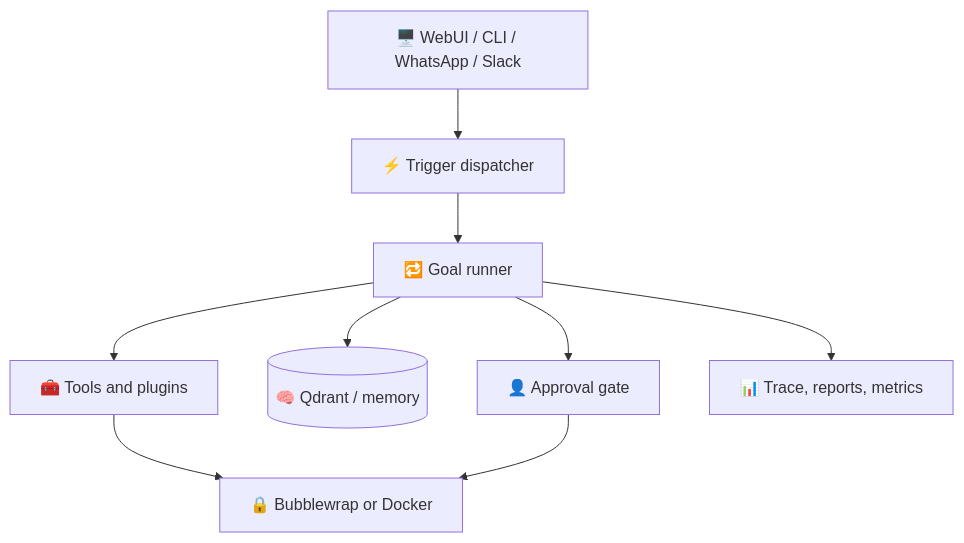
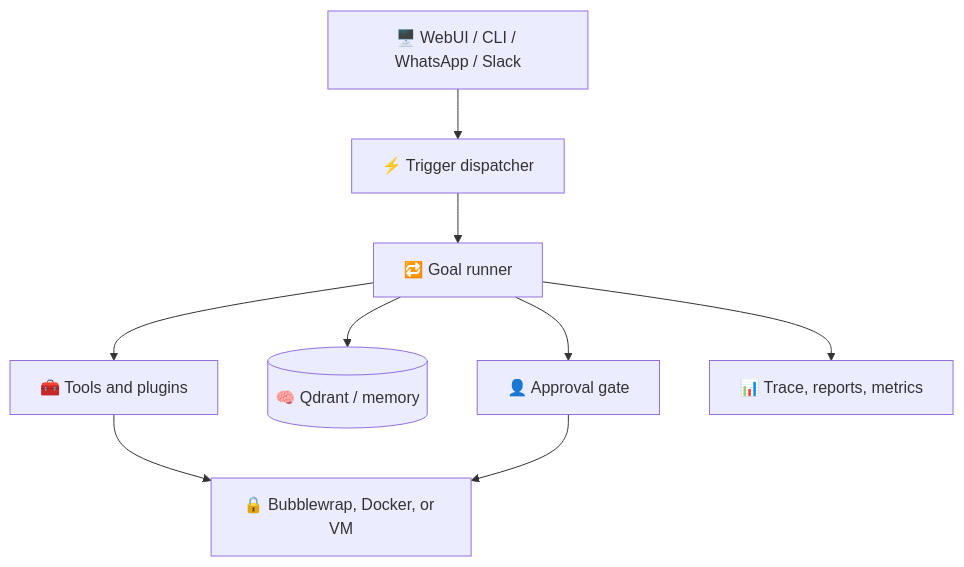
The second of 2 diagrams in docs/ARCHITECTURE.md (OppaAI/Aidon), drawn with Mermaid before and after one commit. The commit also changed other lines of this file and 14 other files, not shown here.

````diff
--- a/docs/ARCHITECTURE.md
+++ b/docs/ARCHITECTURE.md
@@ -65,16 +67,16 @@
 ```mermaid
 flowchart TB
     UI[🖥️ WebUI / CLI / WhatsApp / Slack]
     T[⚡ Trigger dispatcher]
     LOOP[🔁 Goal runner]
     TOOLS[🧰 Tools and plugins]
-    SANDBOX[🔒 Bubblewrap or Docker]
+    SANDBOX[🔒 Bubblewrap, Docker, or VM]
     MEMORY[(🧠 Qdrant / memory)]
     APPROVAL[👤 Approval gate]
     REPORT[📊 Trace, reports, metrics]
     UI --> T --> LOOP
     LOOP --> MEMORY
     LOOP --> TOOLS --> SANDBOX
     LOOP --> APPROVAL --> SANDBOX
     LOOP --> REPORT
 ```
````
